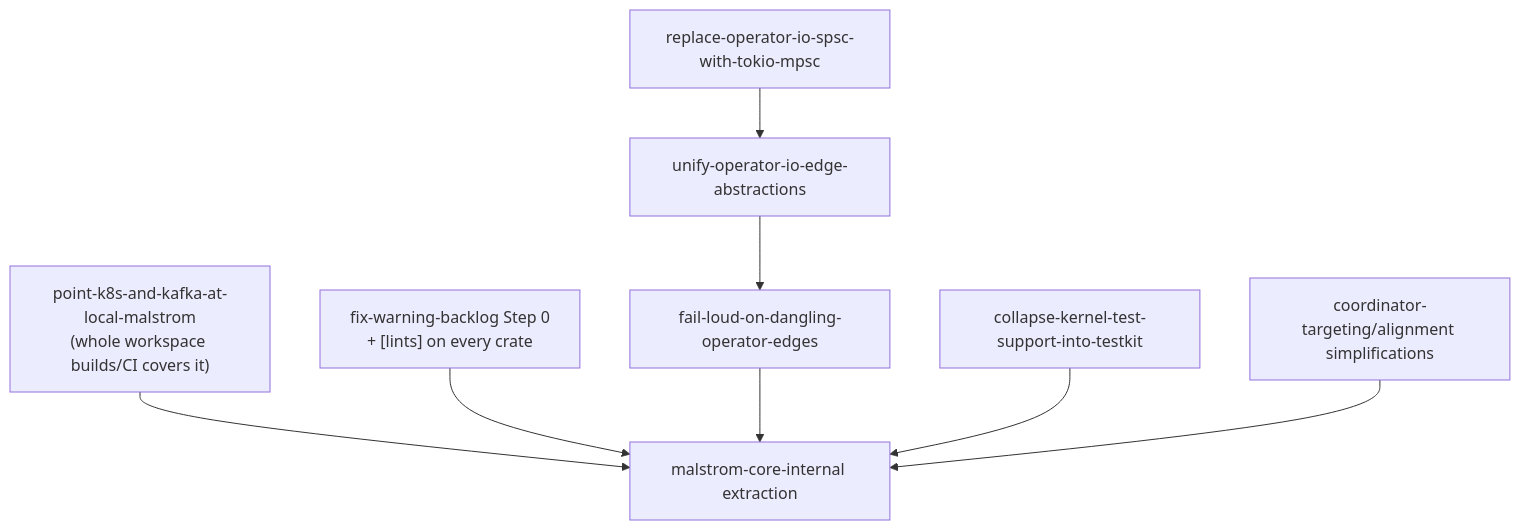
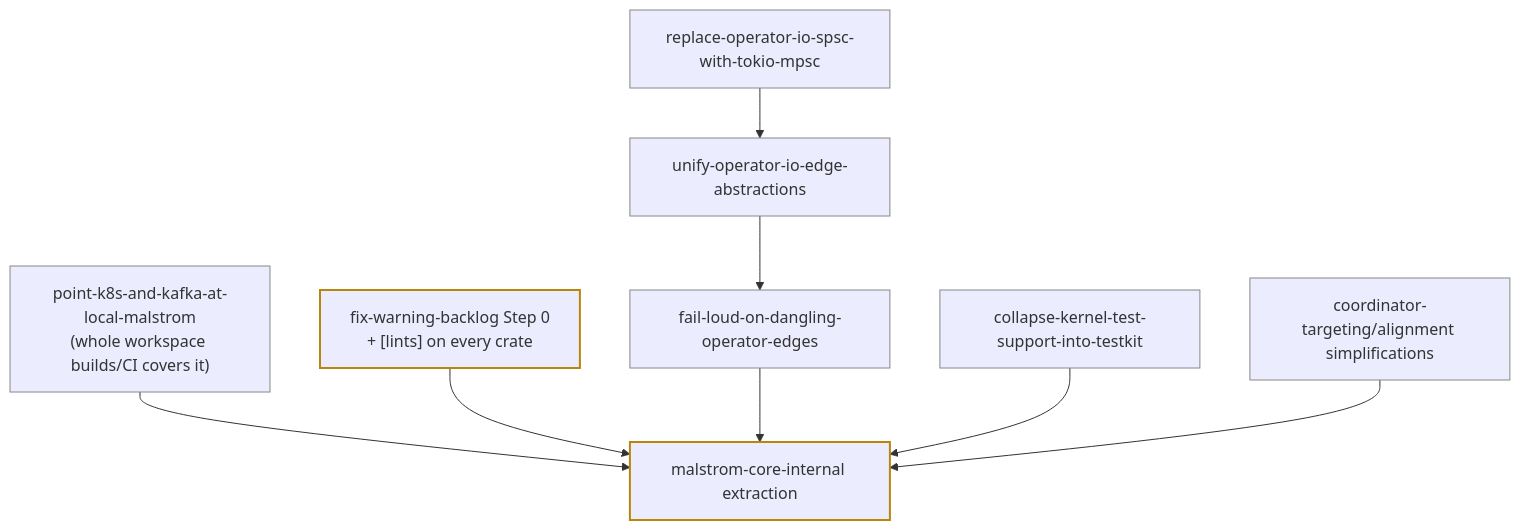
The diagram in .agents/notes/proposed/architecture/2026-09-21-malstrom-core-internal-crate.md (nrdhm/malstrom), drawn with Mermaid before and after one commit. The commit also changed other lines of this file and 9 other files, not shown here.

First line of the commit message:
docs: add a dev-only mdBook for reviewing Agent Notes; fix Mermaid theming

````diff
--- a/.agents/notes/proposed/architecture/2026-09-21-malstrom-core-internal-crate.md
+++ b/.agents/notes/proposed/architecture/2026-09-21-malstrom-core-internal-crate.md
@@ -97,10 +97,17 @@
 ```mermaid
 flowchart TD
     K["point-k8s-and-kafka-at-local-malstrom<br/>(whole workspace builds/CI covers it)"] --> X
     W["fix-warning-backlog Step 0<br/>+ [lints] on every crate"] --> X
     S2["replace-operator-io-spsc-with-tokio-mpsc"] --> S1["unify-operator-io-edge-abstractions"]
     S1 --> S3["fail-loud-on-dangling-operator-edges"] --> X
     T["collapse-kernel-test-support-into-testkit"] --> X
     A["coordinator-targeting/alignment simplifications"] --> X
     X["malstrom-core-internal extraction"]
+
+    classDef done stroke:#2e7d32,stroke-width:2px;
+    classDef wip stroke:#b8860b,stroke-width:2px;
+    classDef todo stroke:#888,stroke-width:1px;
+    class W wip;
+    class X wip;
+    class K,S1,S2,S3,T,A todo;
 ```
````
